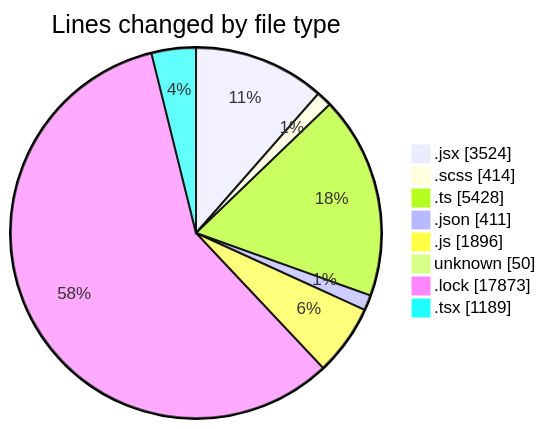
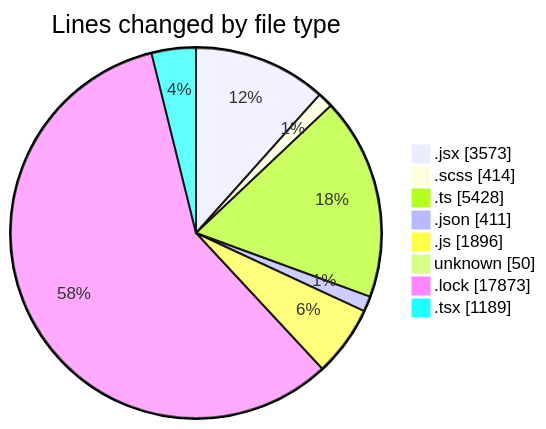
Before and after one commit to momahboobian/code-tracking: the first of 2 diagrams in 2026-09-01/cda/README.md, drawn with Mermaid. The commit also changed other lines of this file and 1 other file, not shown here.

````diff
--- a/2026-09-01/cda/README.md
+++ b/2026-09-01/cda/README.md
@@ -79,12 +79,12 @@
 ```mermaid
 pie showData
 title Lines changed by file type
-".jsx" : 3524
+".jsx" : 3573
 ".scss" : 414
 ".ts" : 5428
 ".json" : 411
 ".js" : 1896
 "unknown" : 50
 ".lock" : 17873
 ".tsx" : 1189
 ```
````
